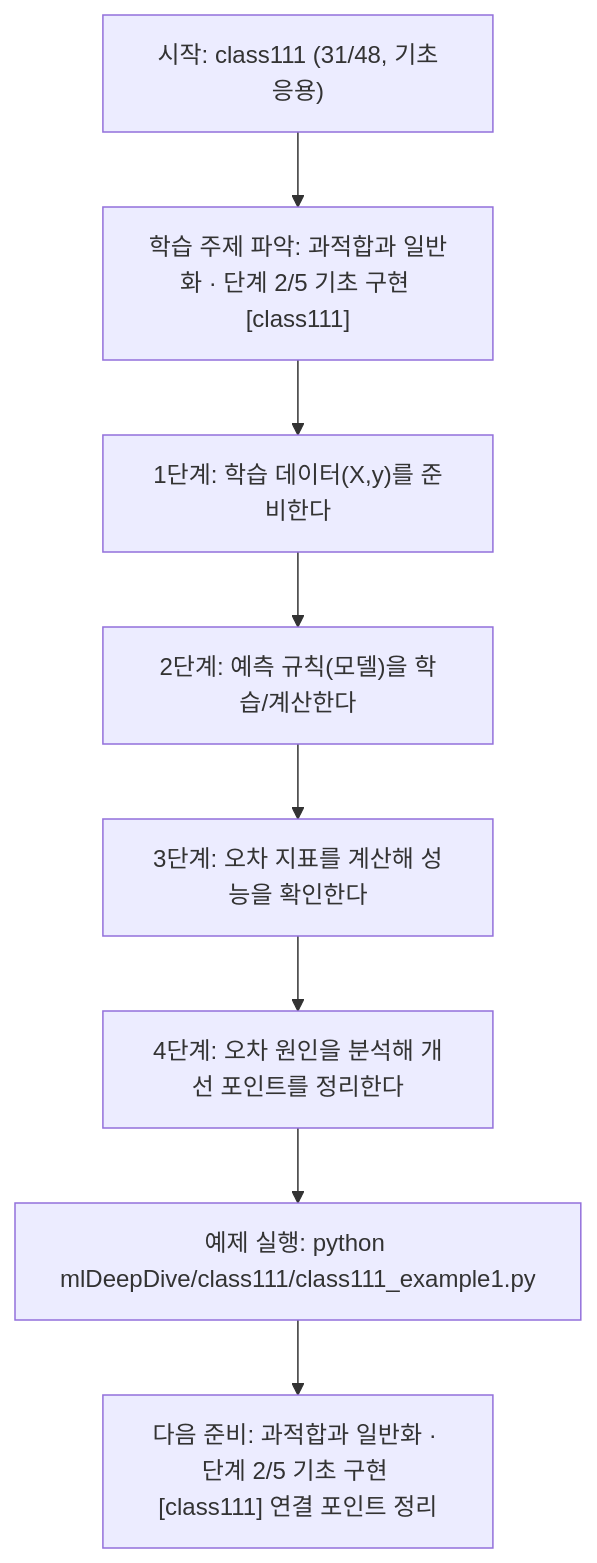
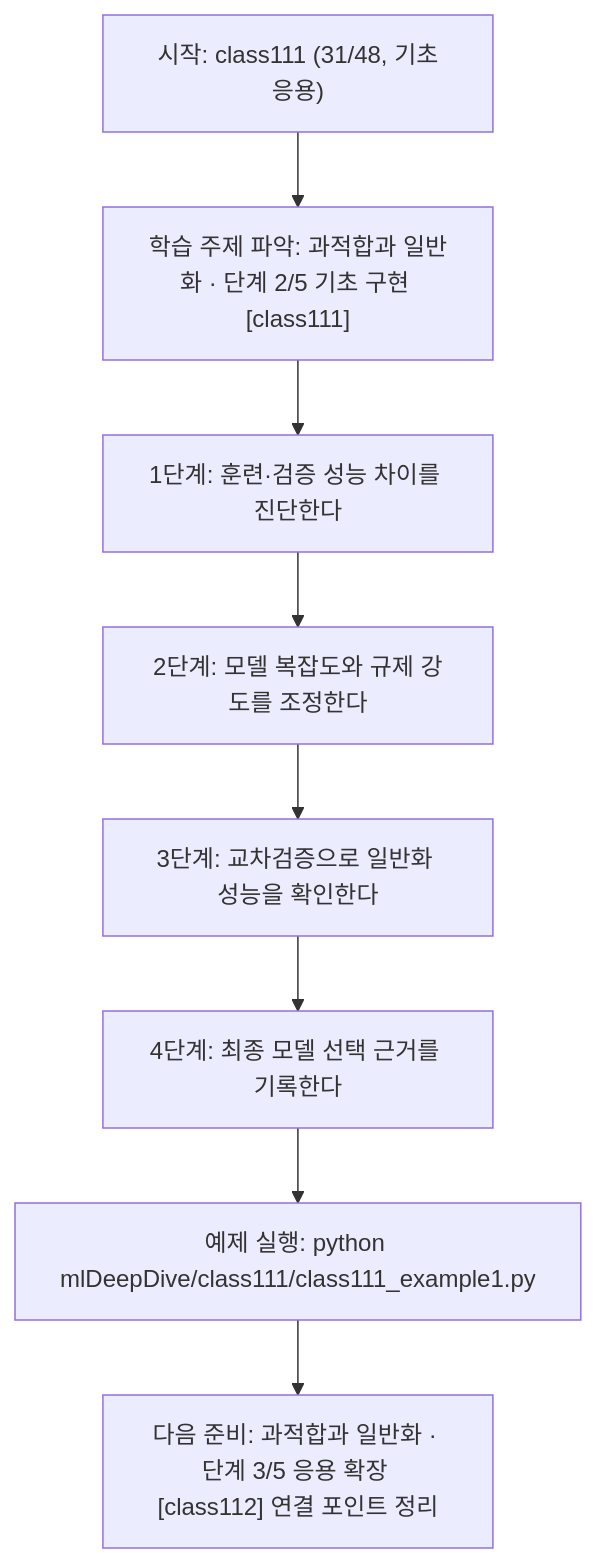
One commit to edumgt/Python-AI_Agent-Class changed the diagram in mlDeepDive/class111/class111.md. Above: the diagram before and after it, drawn with Mermaid. The commit also changed other lines of this file and 338 other files, not shown here.

````diff
--- a/mlDeepDive/class111/class111.md
+++ b/mlDeepDive/class111/class111.md
@@ -109,18 +91,18 @@
 ```mermaid
 flowchart TD
 N1["시작: class111 (31/48, 기초응용)"]
 N2["학습 주제 파악: 과적합과 일반화 · 단계 2/5 기초 구현 [class111]"]
-N3["1단계: 학습 데이터(X,y)를 준비한다"]
-N4["2단계: 예측 규칙(모델)을 학습/계산한다"]
-N5["3단계: 오차 지표를 계산해 성능을 확인한다"]
-N6["4단계: 오차 원인을 분석해 개선 포인트를 정리한다"]
+N3["1단계: 훈련·검증 성능 차이를 진단한다"]
+N4["2단계: 모델 복잡도와 규제 강도를 조정한다"]
+N5["3단계: 교차검증으로 일반화 성능을 확인한다"]
+N6["4단계: 최종 모델 선택 근거를 기록한다"]
 N7["예제 실행: python mlDeepDive/class111/class111_example1.py"]
-N8["다음 준비: 과적합과 일반화 · 단계 2/5 기초 구현 [class111] 연결 포인트 정리"]
+N8["다음 준비: 과적합과 일반화 · 단계 3/5 응용 확장 [class112] 연결 포인트 정리"]
 N1 --> N2
 N2 --> N3
 N3 --> N4
 N4 --> N5
 N5 --> N6
 N6 --> N7
 N7 --> N8
 ```
````
